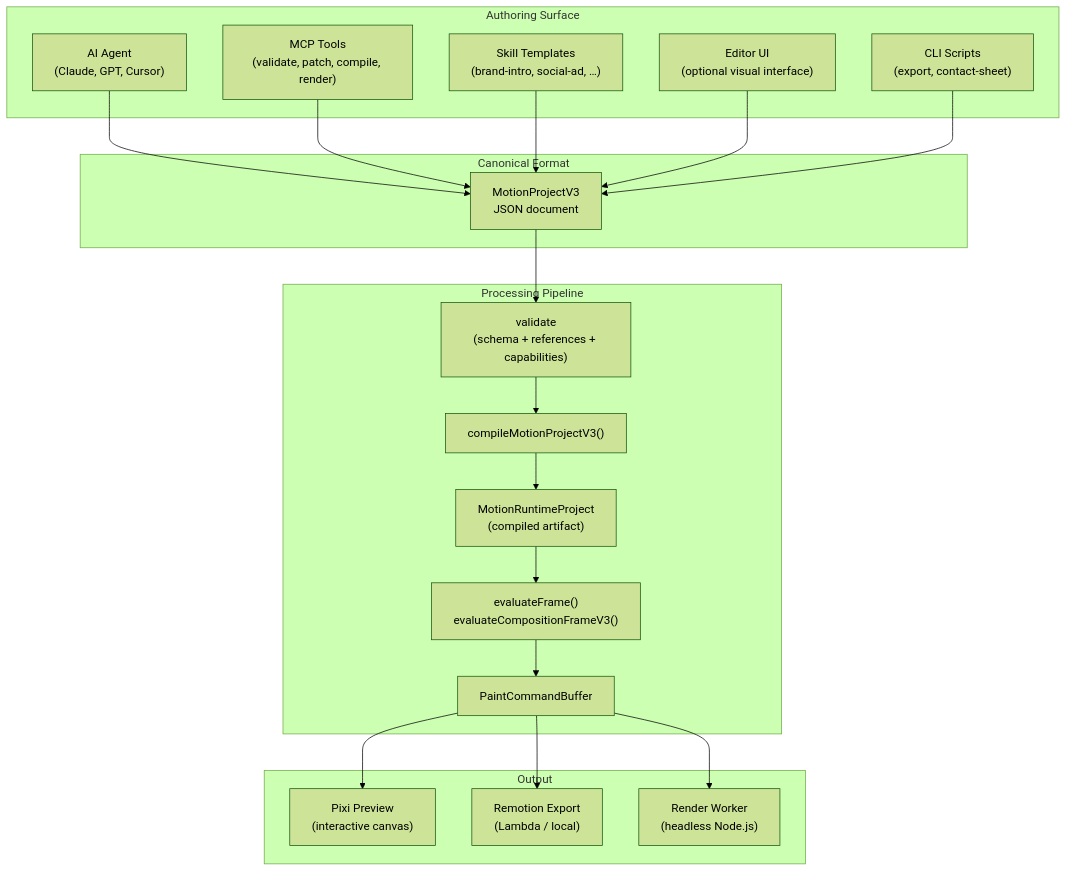
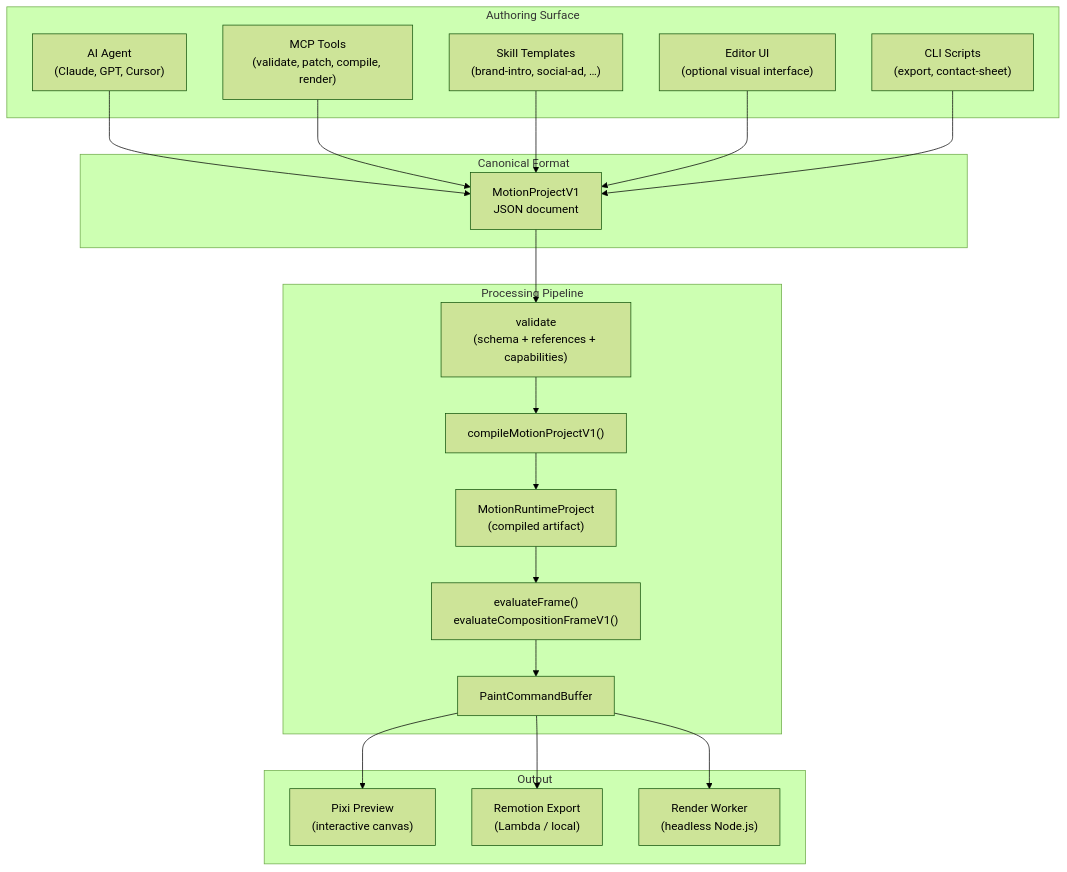
Before and after one commit to mankhb2k/neonix-native: the diagram in docs/ai-first-editor-architecture.md, drawn with Mermaid (forest theme). The commit also changed other lines of this file and 314 other files, not shown here.

````diff
--- a/docs/ai-first-editor-architecture.md
+++ b/docs/ai-first-editor-architecture.md
@@ -17,42 +17,42 @@
 ```mermaid
 flowchart TB
   subgraph Authoring["Authoring Surface"]
     AI["AI Agent<br/>(Claude, GPT, Cursor)"]
     MCP["MCP Tools<br/>(validate, patch, compile, render)"]
     SKILL["Skill Templates<br/>(brand-intro, social-ad, …)"]
     EDITOR["Editor UI<br/>(optional visual interface)"]
     CLI["CLI Scripts<br/>(export, contact-sheet)"]
   end
 
   subgraph Canonical["Canonical Format"]
-    V3["MotionProjectV3<br/>JSON document"]
+    V1["MotionProjectV1<br/>JSON document"]
   end
 
   subgraph Pipeline["Processing Pipeline"]
     VALIDATE["validate<br/>(schema + references + capabilities)"]
-    COMPILE["compileMotionProjectV3()"]
+    COMPILE["compileMotionProjectV1()"]
     IR["MotionRuntimeProject<br/>(compiled artifact)"]
-    EVAL["evaluateFrame()<br/>evaluateCompositionFrameV3()"]
+    EVAL["evaluateFrame()<br/>evaluateCompositionFrameV1()"]
     PAINT["PaintCommandBuffer"]
   end
 
   subgraph Output["Output"]
     PIXI["Pixi Preview<br/>(interactive canvas)"]
     REMOTION["Remotion Export<br/>(Lambda / local)"]
     WORKER["Render Worker<br/>(headless Node.js)"]
   end
 
-  AI --> V3
-  MCP --> V3
-  SKILL --> V3
-  EDITOR --> V3
-  CLI --> V3
-  V3 --> VALIDATE
+  AI --> V1
+  MCP --> V1
+  SKILL --> V1
+  EDITOR --> V1
+  CLI --> V1
+  V1 --> VALIDATE
   VALIDATE --> COMPILE
   COMPILE --> IR
   IR --> EVAL
   EVAL --> PAINT
   PAINT --> PIXI
   PAINT --> REMOTION
   PAINT --> WORKER
 ```
````
